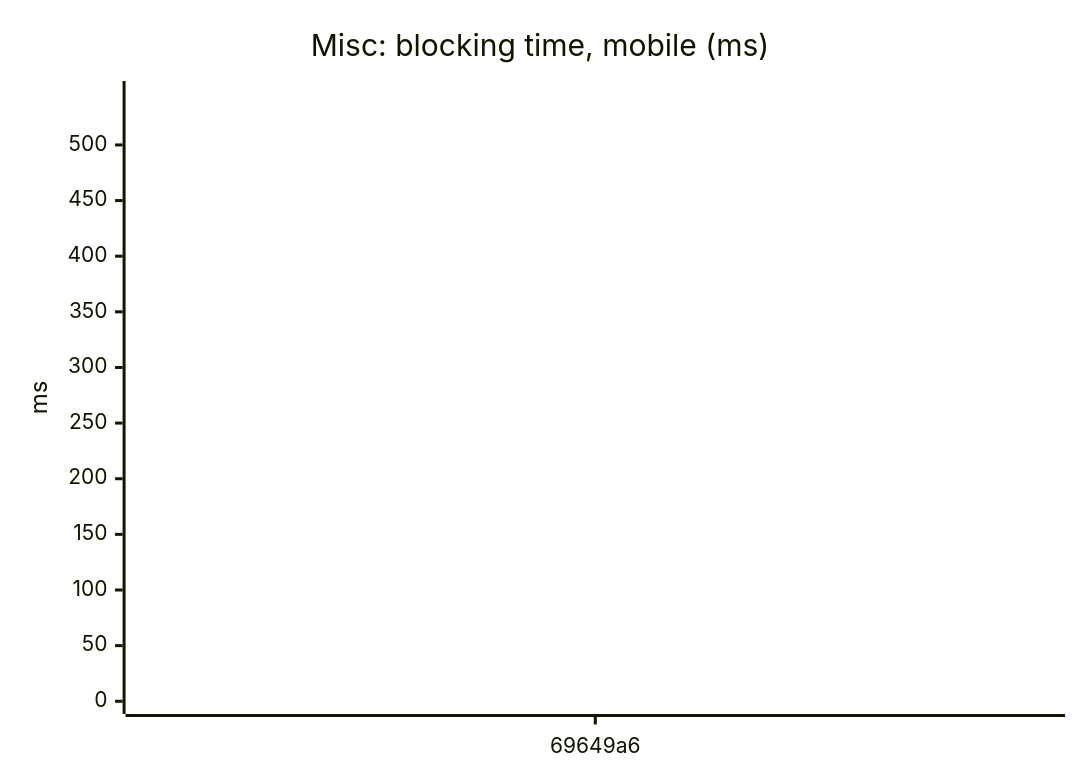
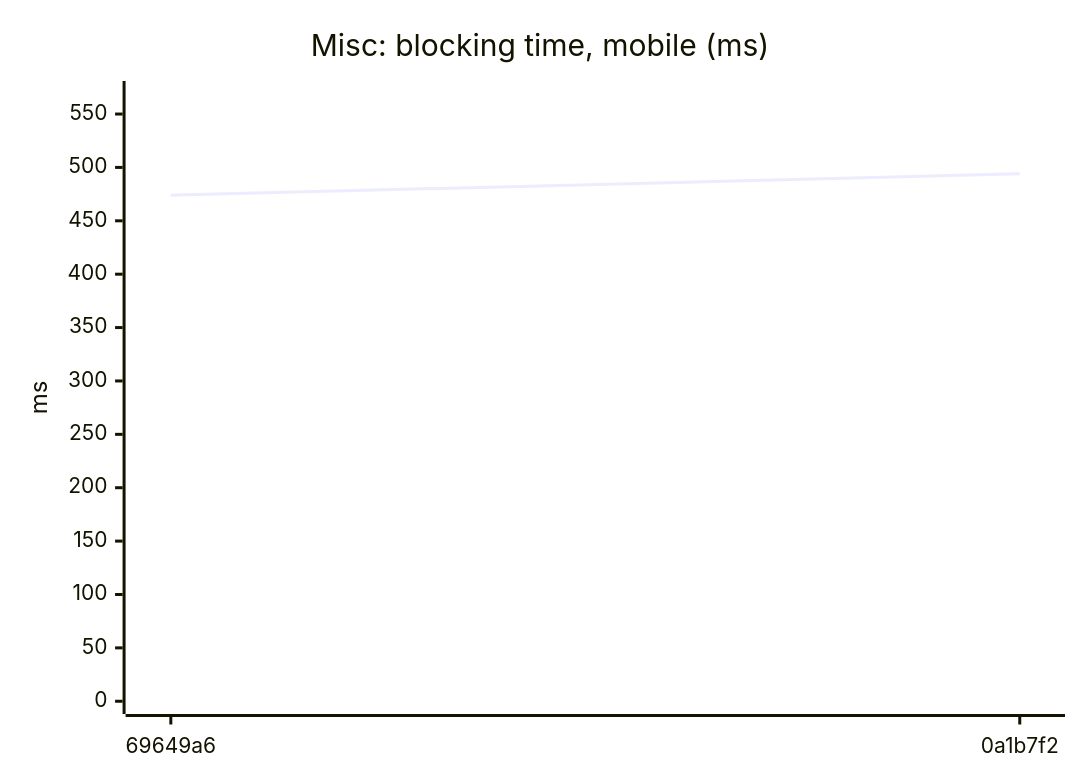
One commit to AxelUser/maltsev.space changed the eighth of 18 diagrams in README.md. Above: the diagram before and after it, drawn with Mermaid. The commit also changed other lines of this file and 1 other file, not shown here.

````diff
--- a/README.md
+++ b/README.md
@@ -97,7 +97,7 @@
 ```mermaid
 xychart-beta
   title "Misc: blocking time, mobile (ms)"
-  x-axis ["69649a6"]
-  y-axis "ms" 0 --> 546
-  line [474]
+  x-axis ["69649a6", "0a1b7f2"]
+  y-axis "ms" 0 --> 569
+  line [474, 494]
 ```
````
